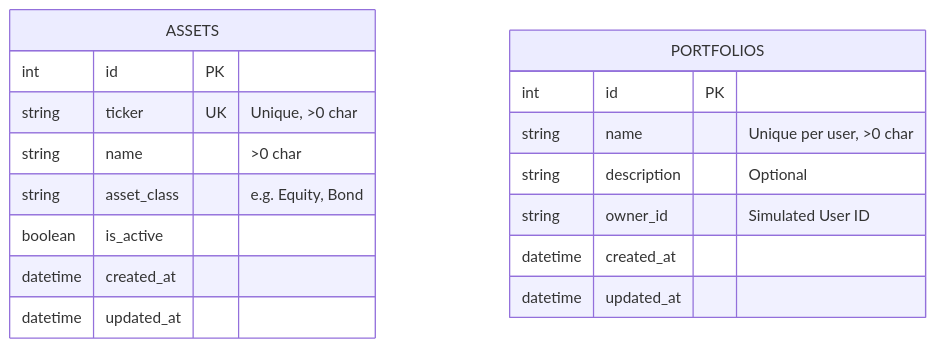
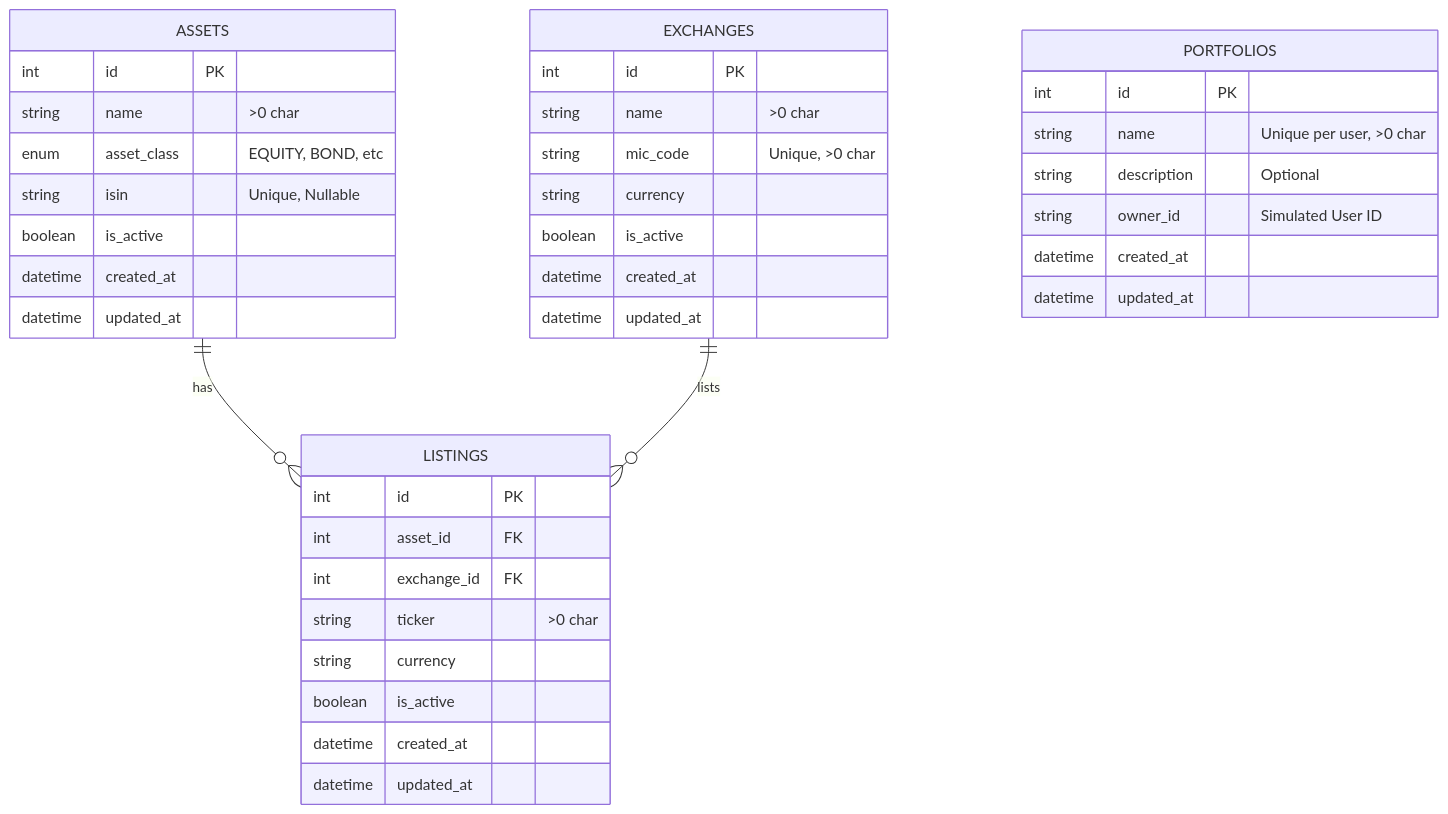
The third of 3 diagrams in docs/ARCHITECTURE.md (kdanni/portfolio.kdanni.org), drawn with Mermaid before and after one commit. The commit also changed other lines of this file and 2 other files, not shown here.

First line of the commit message:
Update docs: Architecture schema & API running instructions

````diff
--- a/docs/ARCHITECTURE.md
+++ b/docs/ARCHITECTURE.md
@@ -73,25 +73,45 @@
 ```mermaid
 erDiagram
+    ASSETS ||--o{ LISTINGS : has
+    EXCHANGES ||--o{ LISTINGS : lists
+
     ASSETS {
         int id PK
-        string ticker UK "Unique, >0 char"
         string name ">0 char"
-        string asset_class "e.g. Equity, Bond"
+        enum asset_class "EQUITY, BOND, etc"
+        string isin "Unique, Nullable"
+        boolean is_active
+        datetime created_at
+        datetime updated_at
+    }
+
+    EXCHANGES {
+        int id PK
+        string name ">0 char"
+        string mic_code "Unique, >0 char"
+        string currency
+        boolean is_active
+        datetime created_at
+        datetime updated_at
+    }
+
+    LISTINGS {
+        int id PK
+        int asset_id FK
+        int exchange_id FK
+        string ticker ">0 char"
+        string currency
         boolean is_active
         datetime created_at
         datetime updated_at
     }
 
     PORTFOLIOS {
         int id PK
         string name "Unique per user, >0 char"
         string description "Optional"
         string owner_id "Simulated User ID"
         datetime created_at
         datetime updated_at
     }
-
-    %% Future Phase: PORTFOLIO_ASSETS (Holdings)
-    %% PORTFOLIOS ||--o{ PORTFOLIO_ASSETS : contains
-    %% ASSETS ||--o{ PORTFOLIO_ASSETS : is_held_in
 ```
````
